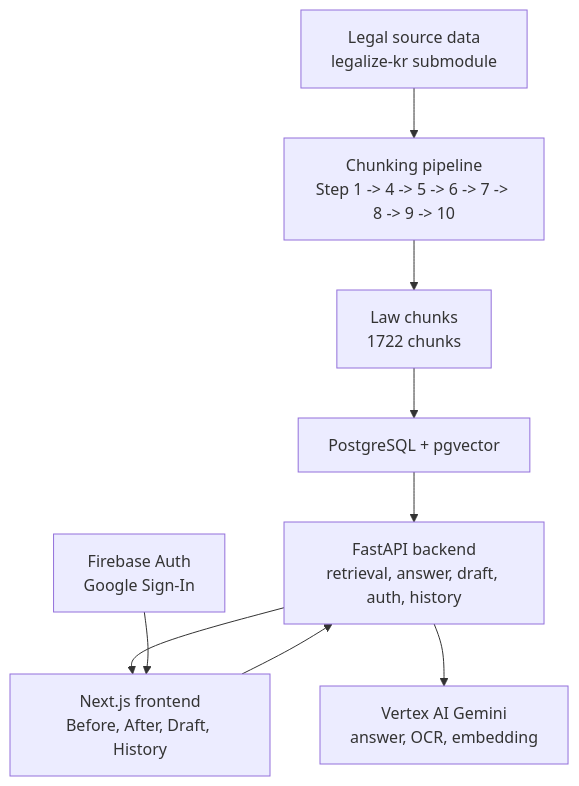
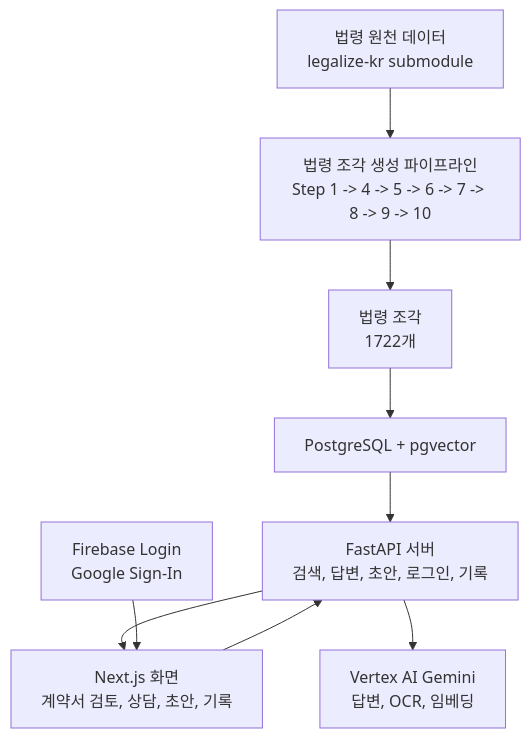
The diagram in docs/github/wiki/Home.md (2026-moel-datacontest-core/law_main_road_main), drawn with Mermaid before and after one commit. The commit also changed other lines of this file and 42 other files, not shown here.

````diff
--- a/docs/github/wiki/Home.md
+++ b/docs/github/wiki/Home.md
@@ -95,16 +104,16 @@
 ```mermaid
 flowchart TB
-    A["Legal source data<br/>legalize-kr submodule"]
-    B["Chunking pipeline<br/>Step 1 -> 4 -> 5 -> 6 -> 7 -> 8 -> 9 -> 10"]
-    C["Law chunks<br/>1722 chunks"]
+    A["법령 원천 데이터<br/>legalize-kr submodule"]
+    B["법령 조각 생성 파이프라인<br/>Step 1 -> 4 -> 5 -> 6 -> 7 -> 8 -> 9 -> 10"]
+    C["법령 조각<br/>1722개"]
     D["PostgreSQL + pgvector"]
-    E["FastAPI backend<br/>retrieval, answer, draft, auth, history"]
-    F["Next.js frontend<br/>Before, After, Draft, History"]
-    G["Firebase Auth<br/>Google Sign-In"]
-    H["Vertex AI Gemini<br/>answer, OCR, embedding"]
+    E["FastAPI 서버<br/>검색, 답변, 초안, 로그인, 기록"]
+    F["Next.js 화면<br/>계약서 검토, 상담, 초안, 기록"]
+    G["Firebase Login<br/>Google Sign-In"]
+    H["Vertex AI Gemini<br/>답변, OCR, 임베딩"]
 
     A --> B --> C --> D --> E --> F
     G --> F
     F --> E
     E --> H
 ```
````
